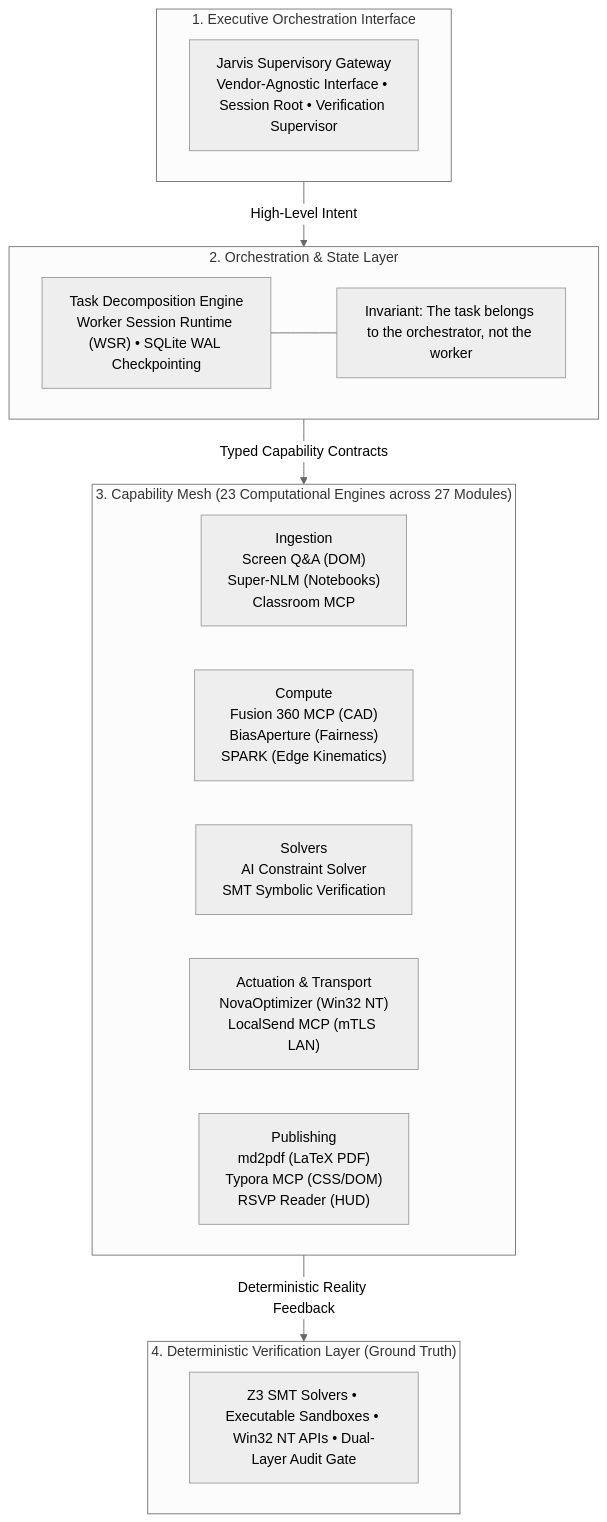
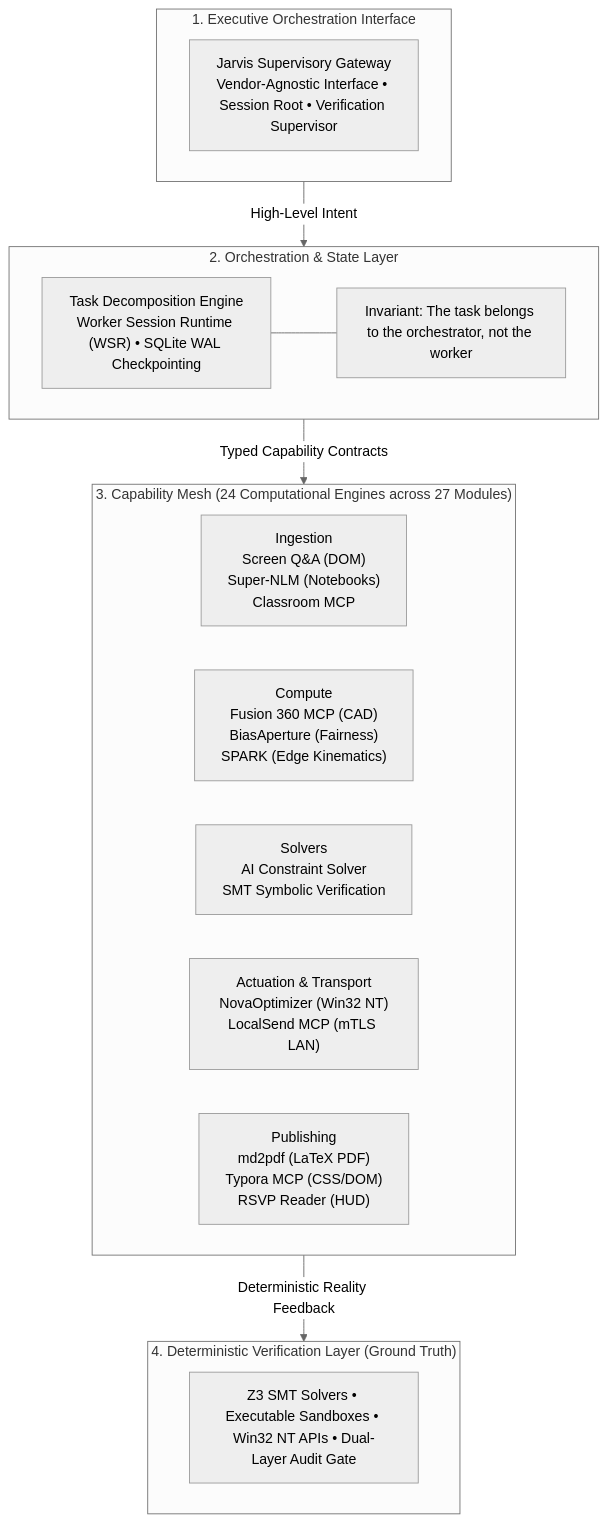
The first of 2 diagrams in README.md (Aaradhya-Dev-Tamrakar/brainstorm), drawn with Mermaid (neutral theme) before and after one commit. The commit also changed other lines of this file and 16 other files, not shown here.

````diff
--- a/README.md
+++ b/README.md
@@ -60,28 +60,28 @@
 ```mermaid
 flowchart TD
     subgraph Executive ["1. Executive Orchestration Interface"]
         Jarvis["Jarvis Supervisory Gateway<br/>Vendor-Agnostic Interface • Session Root • Verification Supervisor"]
     end
 
     subgraph StateLayer ["2. Orchestration & State Layer"]
         Orch["Task Decomposition Engine<br/>Worker Session Runtime (WSR) • SQLite WAL Checkpointing"]
         InvRule["Invariant: The task belongs to the orchestrator, not the worker"]
         Orch --- InvRule
     end
 
-    subgraph Mesh ["3. Capability Mesh (23 Computational Engines across 27 Modules)"]
+    subgraph Mesh ["3. Capability Mesh (24 Computational Engines across 27 Modules)"]
         Ingestion["Ingestion<br/>Screen Q&A (DOM)<br/>Super-NLM (Notebooks)<br/>Classroom MCP"]
         Compute["Compute<br/>Fusion 360 MCP (CAD)<br/>BiasAperture (Fairness)<br/>SPARK (Edge Kinematics)"]
         Solvers["Solvers<br/>AI Constraint Solver<br/>SMT Symbolic Verification"]
         Actuation["Actuation & Transport<br/>NovaOptimizer (Win32 NT)<br/>LocalSend MCP (mTLS LAN)"]
         Publishing["Publishing<br/>md2pdf (LaTeX PDF)<br/>Typora MCP (CSS/DOM)<br/>RSVP Reader (HUD)"]
     end
 
     subgraph GroundTruth ["4. Deterministic Verification Layer (Ground Truth)"]
         SolversSMT["Z3 SMT Solvers • Executable Sandboxes • Win32 NT APIs • Dual-Layer Audit Gate"]
     end
 
     Executive -->|"High-Level Intent"| StateLayer
     StateLayer -->|"Typed Capability Contracts"| Mesh
     Mesh -->|"Deterministic Reality Feedback"| GroundTruth
 ```
````
